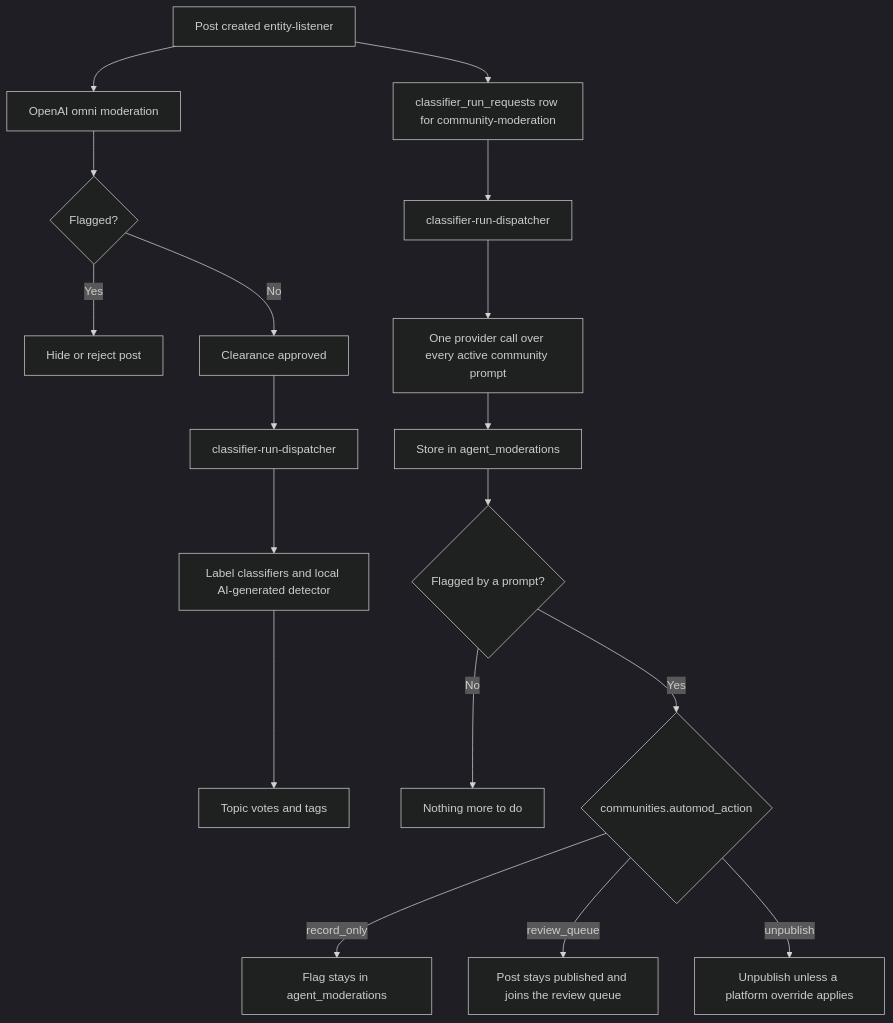
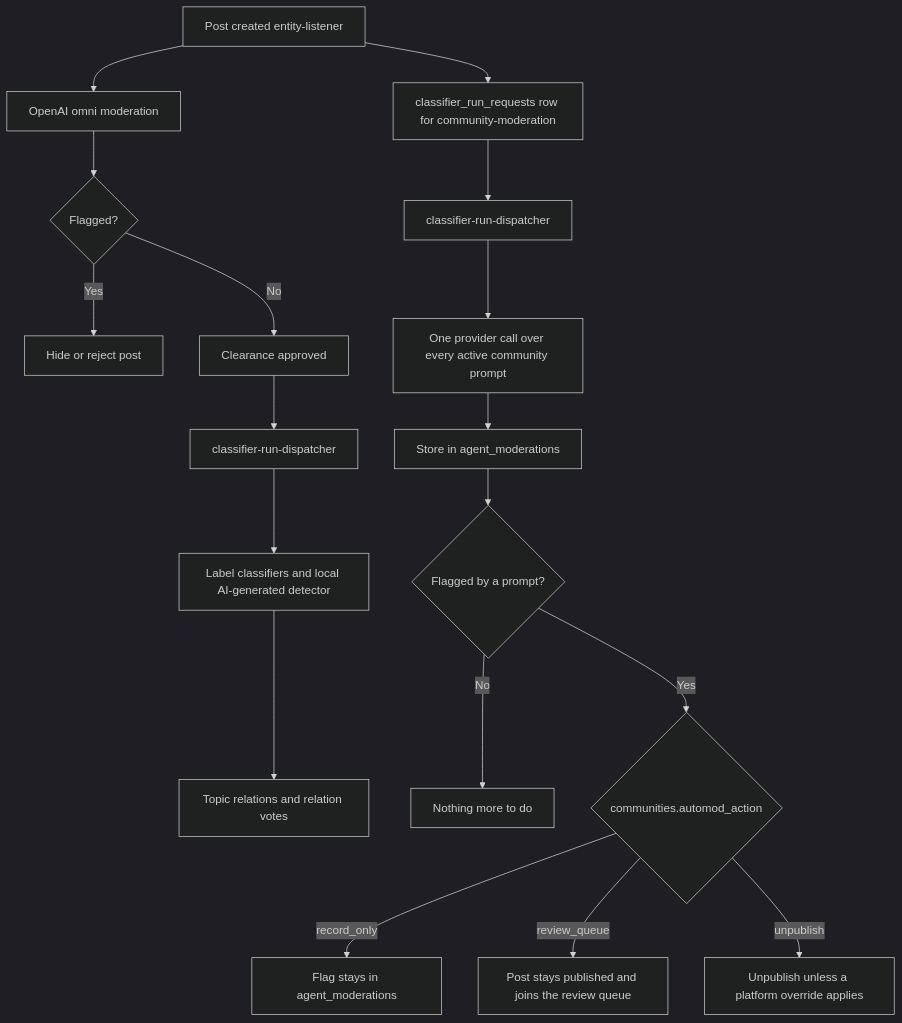
The diagram in docs/overview/architecture/reference-ai-agents-content-moderation-pipeline.md (vouchington/vouchington), drawn with Mermaid (dark theme) before and after one commit. The commit also changed 27 other files, not shown here.

````diff
--- a/docs/overview/architecture/reference-ai-agents-content-moderation-pipeline.md
+++ b/docs/overview/architecture/reference-ai-agents-content-moderation-pipeline.md
@@ -9,20 +9,20 @@
 ```mermaid
 flowchart TD
   post[Post created entity-listener] --> omni[OpenAI omni moderation]
   omni --> flagged{Flagged?}
   flagged -- Yes --> hidden[Hide or reject post]
   flagged -- No --> approved[Clearance approved]
   approved --> classifier[classifier-run-dispatcher]
   classifier --> labels[Label classifiers and local AI-generated detector]
-  labels --> effects[Topic votes and tags]
+  labels --> effects[Topic relations and relation votes]
   post --> request[classifier_run_requests row for community-moderation]
   request --> community[classifier-run-dispatcher]
   community --> run[One provider call over every active community prompt]
   run --> stored[Store in agent_moderations]
   stored --> action{Flagged by a prompt?}
   action -- No --> clean[Nothing more to do]
   action -- Yes --> setting{communities.automod_action}
   setting -- record_only --> recorded[Flag stays in agent_moderations]
   setting -- review_queue --> review[Post stays published and joins the review queue]
   setting -- unpublish --> unpublish[Unpublish unless a platform override applies]
 ```
````
